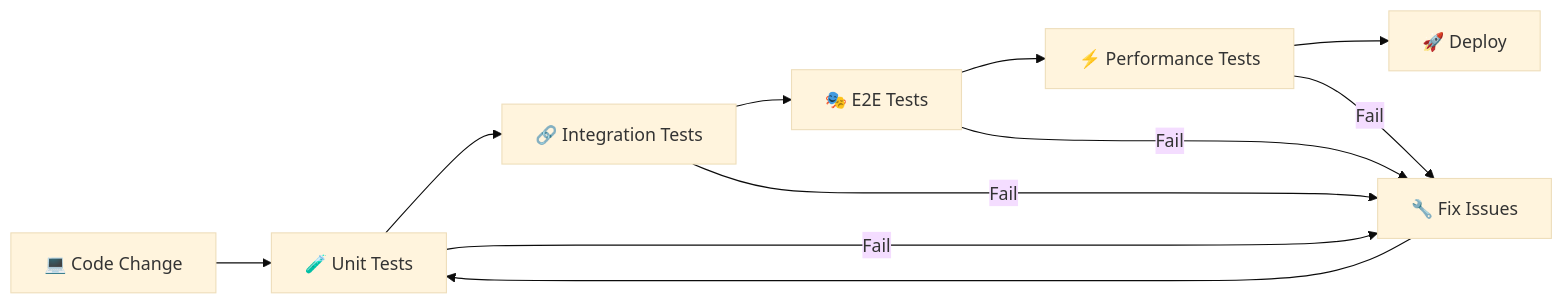
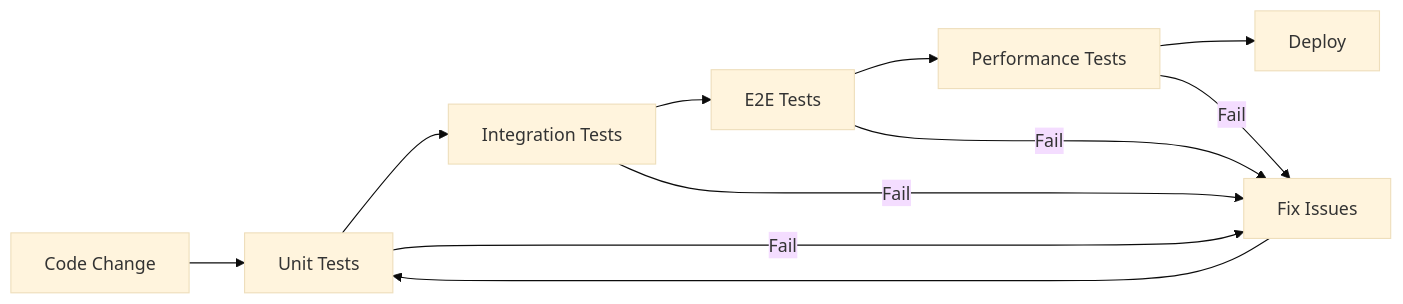
One commit to vickeycheng/AI_Test changed diagram 14 of 18 in shared/design_document.md. Above: the diagram before and after it, drawn with Mermaid (base theme). The commit also changed other lines of this file, not shown here.

````diff
--- a/shared/design_document.md
+++ b/shared/design_document.md
@@ -733,14 +733,14 @@
 ```mermaid
 flowchart LR
-    CODE_CHANGE[💻 Code Change] --> UNIT_TEST[🧪 Unit Tests]
-    UNIT_TEST --> INTEGRATION[🔗 Integration Tests]
-    INTEGRATION --> E2E_TEST[🎭 E2E Tests]
-    E2E_TEST --> PERFORMANCE[⚡ Performance Tests]
-    PERFORMANCE --> DEPLOY[🚀 Deploy]
-    
-    UNIT_TEST -->|Fail| FIX[🔧 Fix Issues]
-    INTEGRATION -->|Fail| FIX
-    E2E_TEST -->|Fail| FIX
-    PERFORMANCE -->|Fail| FIX
-    FIX --> UNIT_TEST
+ CODE_CHANGE[ Code Change] --> UNIT_TEST[Unit Tests]
+ UNIT_TEST --> INTEGRATION[ Integration Tests]
+ INTEGRATION --> E2E_TEST[ E2E Tests]
+ E2E_TEST --> PERFORMANCE[ Performance Tests]
+ PERFORMANCE --> DEPLOY[ Deploy]
+ 
+ UNIT_TEST -->|Fail| FIX[ Fix Issues]
+ INTEGRATION -->|Fail| FIX
+ E2E_TEST -->|Fail| FIX
+ PERFORMANCE -->|Fail| FIX
+ FIX --> UNIT_TEST
 ```
````
